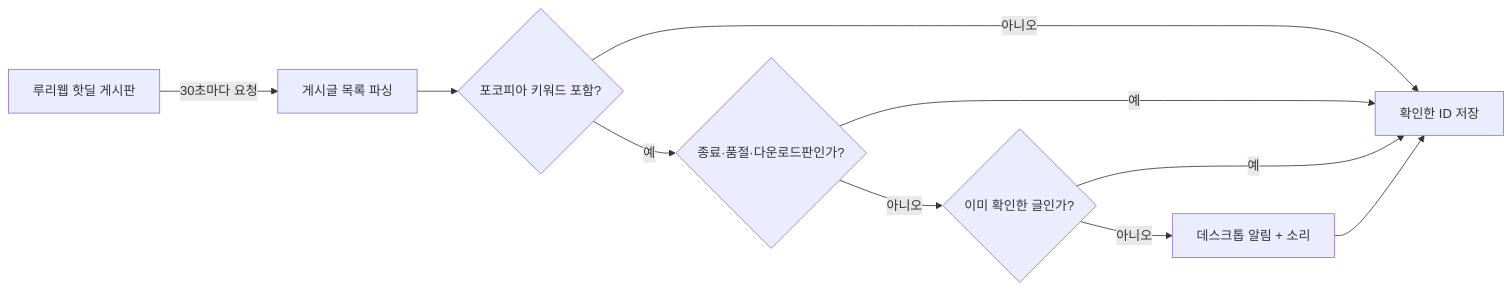
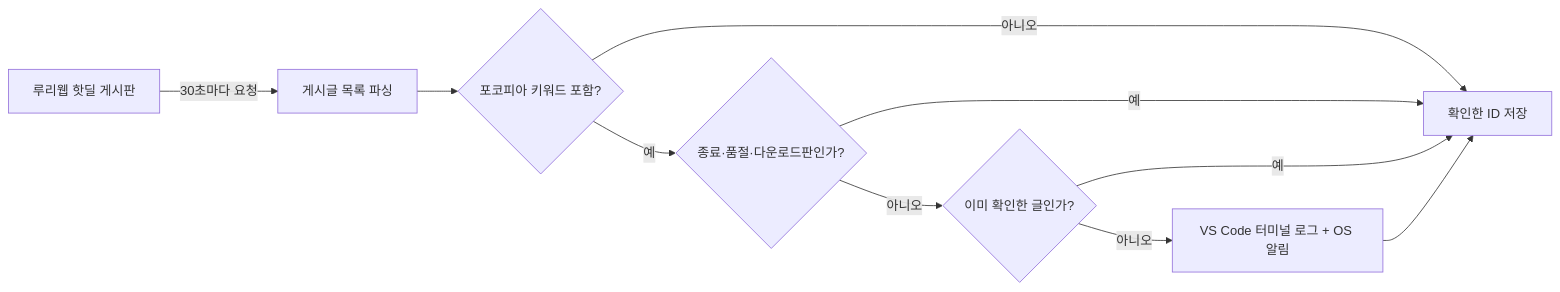
One commit to Joyanggi/pokopia_stock_monitor changed the diagram in README.md. Above: the diagram before and after it, drawn with Mermaid. The commit also changed other lines of this file and 1 other file, not shown here.

````diff
--- a/README.md
+++ b/README.md
@@ -28,12 +28,12 @@
 ```mermaid
 flowchart LR
     A[루리웹 핫딜 게시판] -->|30초마다 요청| B[게시글 목록 파싱]
     B --> C{포코피아 키워드 포함?}
     C -->|아니오| F[확인한 ID 저장]
     C -->|예| D{종료·품절·다운로드판인가?}
     D -->|예| F
     D -->|아니오| E{이미 확인한 글인가?}
     E -->|예| F
-    E -->|아니오| G[데스크톱 알림 + 소리]
+    E -->|아니오| G[VS Code 터미널 로그 + OS 알림]
     G --> F
 ```
````
